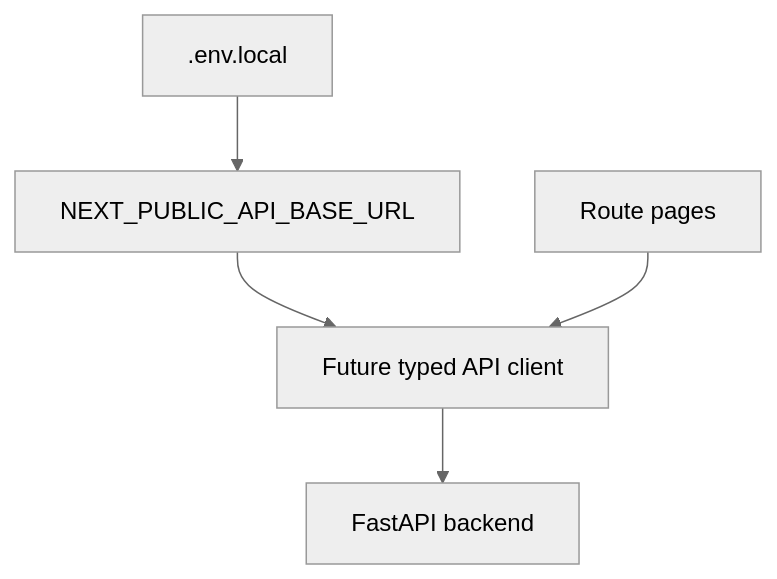
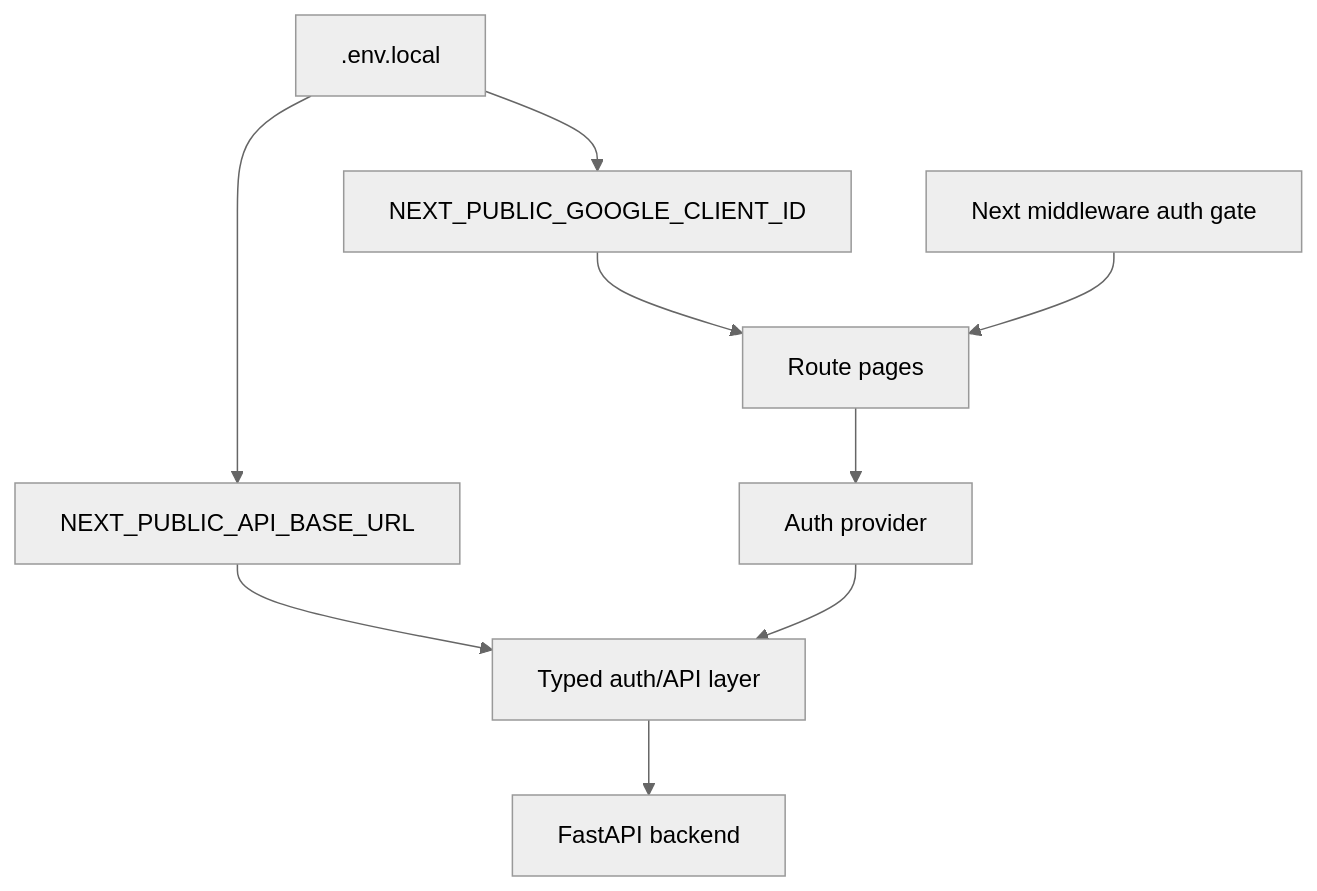
The sixth of 10 diagrams in frontend/ARCHITECTURE.md (eqan/AI-Driven-Project-Template), drawn with Mermaid (neutral theme) before and after one commit. The commit also changed other lines of this file and 15 other files, not shown here.

````diff
--- a/frontend/ARCHITECTURE.md
+++ b/frontend/ARCHITECTURE.md
@@ -104,13 +105,20 @@
 ```mermaid
 flowchart TD
     Env[".env.local"]
     PublicVar["NEXT_PUBLIC_API_BASE_URL"]
-    ApiClient[Future typed API client]
+    GoogleClient["NEXT_PUBLIC_GOOGLE_CLIENT_ID"]
+    ApiClient[Typed auth/API layer]
+    Middleware[Next middleware auth gate]
+    Provider[Auth provider]
     Pages[Route pages]
     Backend[FastAPI backend]
 
     Env --> PublicVar
+    Env --> GoogleClient
     PublicVar --> ApiClient
-    Pages --> ApiClient
+    GoogleClient --> Pages
+    Middleware --> Pages
+    Pages --> Provider
+    Provider --> ApiClient
     ApiClient --> Backend
 ```
````
